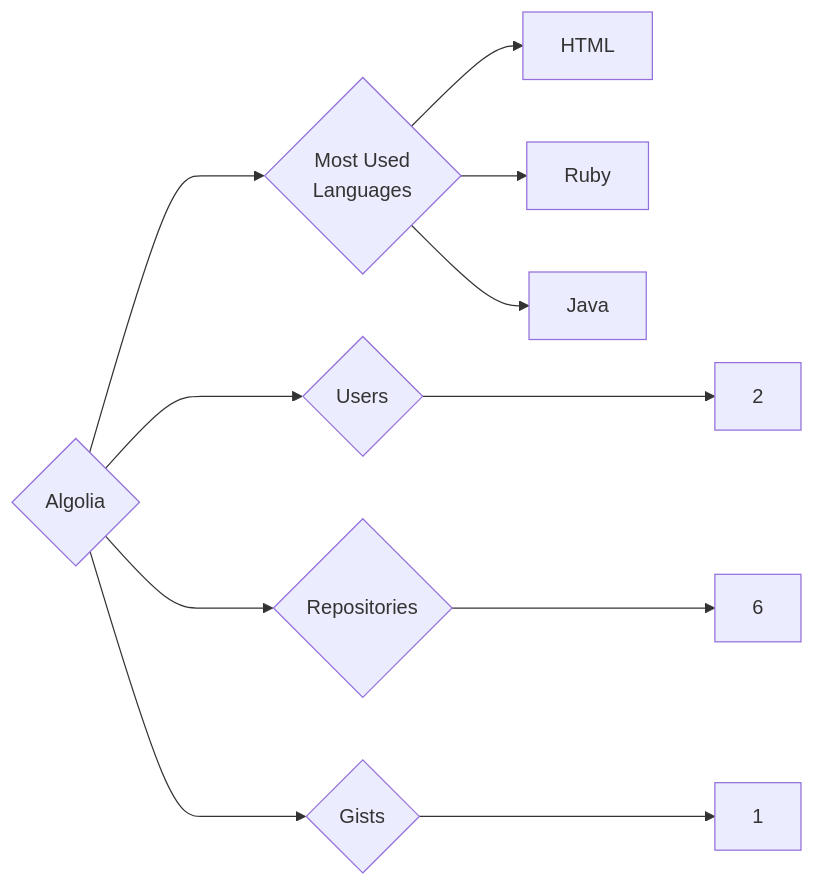
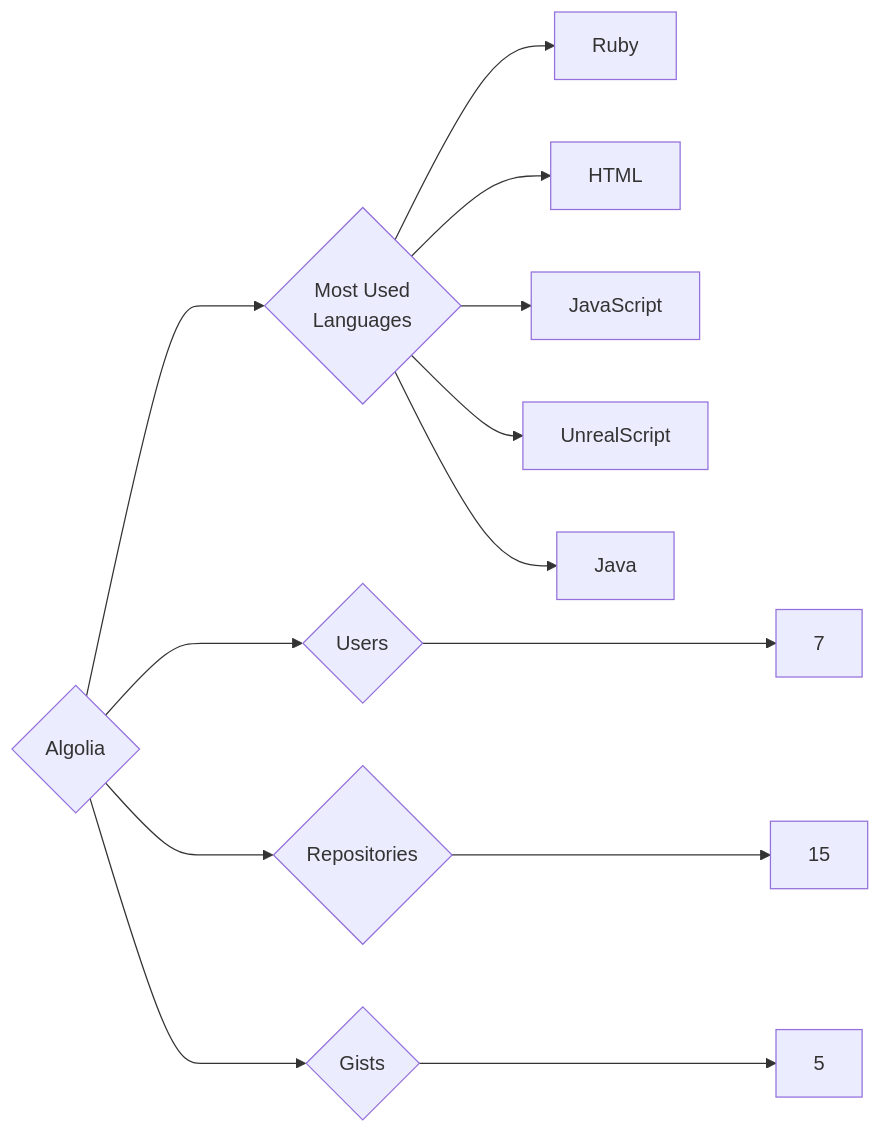
The diagram in targets/Algolia/README.md (trickest/insiders), drawn with Mermaid before and after one commit. The commit also changed 1149 other files, not shown here.

````diff
--- a/targets/Algolia/README.md
+++ b/targets/Algolia/README.md
@@ -3,11 +3,13 @@
 ```mermaid
 graph LR
 COMPANY_NAME{Algolia}
-COMPANY_NAME ---> U{Users} ---> UN[2]
-COMPANY_NAME ---> R{Repositories} ---> RN[6]
-COMPANY_NAME ---> G{Gists} ---> GN[1]
+COMPANY_NAME ---> U{Users} ---> UN[7]
+COMPANY_NAME ---> R{Repositories} ---> RN[15]
+COMPANY_NAME ---> G{Gists} ---> GN[5]
 COMPANY_NAME ---> ML{Most Used<br>Languages}
+ML --> Ruby[Ruby]
 ML --> HTML[HTML]
-ML --> Ruby[Ruby]
+ML --> JavaScript[JavaScript]
+ML --> UnrealScript[UnrealScript]
 ML --> Java[Java]
 ```
````
